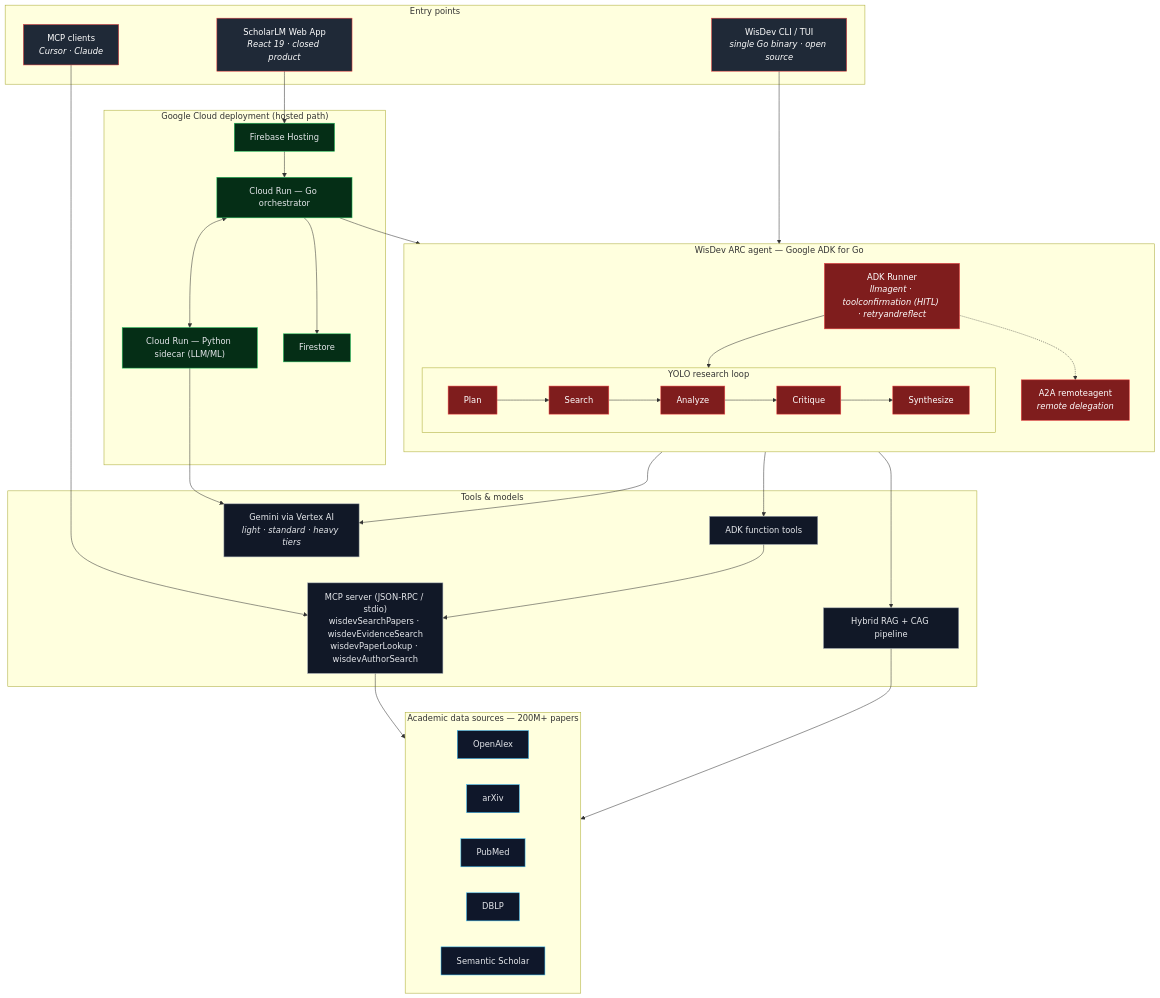
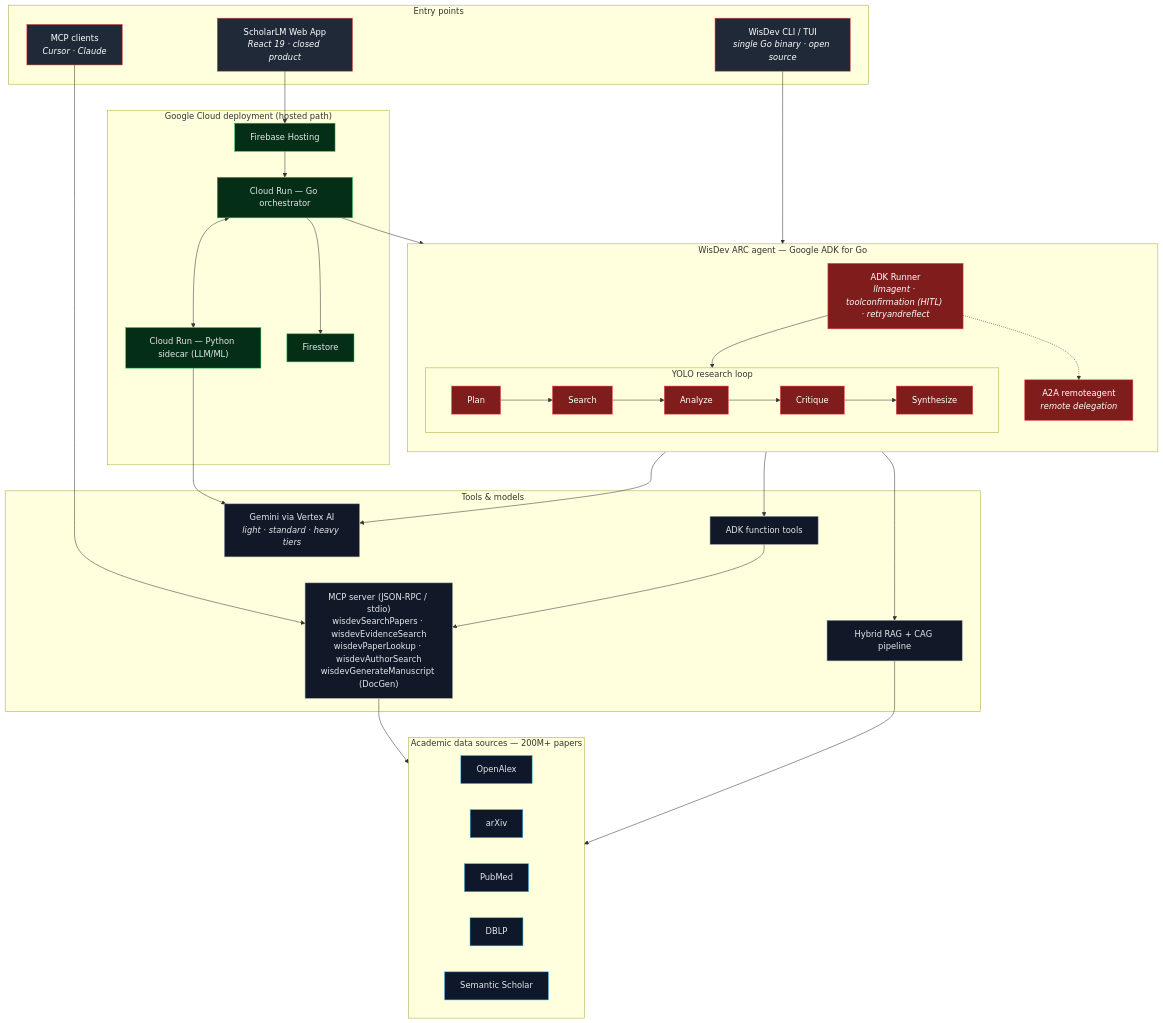
One commit to bharathvbcr/WisDev changed the diagram in docs/ARCHITECTURE.md. Above: the diagram before and after it, drawn with Mermaid. The commit also changed other lines of this file and 1097 other files, not shown here.

Commit message:
feat(wisdev-arc): sync orchestrator, search providers, and sidecar pipeline

````diff
--- a/docs/ARCHITECTURE.md
+++ b/docs/ARCHITECTURE.md
@@ -7,76 +7,76 @@
 ```mermaid
 flowchart TB
     %% ---------- Entry points ----------
     subgraph CLIENTS["Entry points"]
         UI["ScholarLM Web App<br/><i>React 19 · closed product</i>"]
         TUI["WisDev CLI / TUI<br/><i>single Go binary · open source</i>"]
         MCPC["MCP clients<br/><i>Cursor · Claude</i>"]
     end
 
     %% ---------- Agent core ----------
     subgraph AGENT["WisDev ARC agent — Google ADK for Go"]
         direction TB
         RUN["ADK Runner<br/><i>llmagent · toolconfirmation (HITL) · retryandreflect</i>"]
         subgraph LOOP["YOLO research loop"]
             direction LR
             P["Plan"] --> S["Search"] --> A["Analyze"] --> C["Critique"] --> Y["Synthesize"]
         end
         RUN --> LOOP
         A2A["A2A remoteagent<br/><i>remote delegation</i>"]
         RUN -.-> A2A
     end
 
     %% ---------- Tools / models ----------
     subgraph TOOLS["Tools & models"]
         FT["ADK function tools"]
-        MCPS["MCP server (JSON-RPC / stdio)<br/>wisdevSearchPapers · wisdevEvidenceSearch<br/>wisdevPaperLookup · wisdevAuthorSearch"]
+        MCPS["MCP server (JSON-RPC / stdio)<br/>wisdevSearchPapers · wisdevEvidenceSearch<br/>wisdevPaperLookup · wisdevAuthorSearch<br/>wisdevGenerateManuscript (DocGen)"]
         GEM["Gemini via Vertex AI<br/><i>light · standard · heavy tiers</i>"]
         RAG["Hybrid RAG + CAG pipeline"]
     end
 
     %% ---------- Data ----------
     subgraph DATA["Academic data sources — 200M+ papers"]
         OA["OpenAlex"]
         AX["arXiv"]
         PM["PubMed"]
         DB["DBLP"]
         SS["Semantic Scholar"]
     end
 
     %% ---------- Deployment ----------
     subgraph CLOUD["Google Cloud deployment (hosted path)"]
         GO["Cloud Run — Go orchestrator"]
         PY["Cloud Run — Python sidecar (LLM/ML)"]
         FH["Firebase Hosting"]
         FS["Firestore"]
     end
 
     %% ---------- Edges ----------
     UI --> FH --> GO --> RUN
     TUI --> RUN
     MCPC --> MCPS
 
     LOOP --> FT
     LOOP --> RAG
     RUN --> GEM
     FT --> MCPS
     MCPS --> DATA
     RAG --> DATA
 
     GO <--> PY
     PY --> GEM
     GO --> FS
 
     %% ---------- Styling ----------
     classDef product fill:#1f2937,stroke:#ef4444,color:#fff;
     classDef agent fill:#7f1d1d,stroke:#ef4444,color:#fff;
     classDef tool fill:#111827,stroke:#9ca3af,color:#e5e7eb;
     classDef data fill:#0f172a,stroke:#38bdf8,color:#e5e7eb;
     classDef cloud fill:#052e16,stroke:#22c55e,color:#e5e7eb;
 
     class UI,TUI,MCPC product;
     class RUN,P,S,A,C,Y,A2A agent;
     class FT,MCPS,GEM,RAG tool;
     class OA,AX,PM,DB,SS data;
     class GO,PY,FH,FS cloud;
 ```
````
